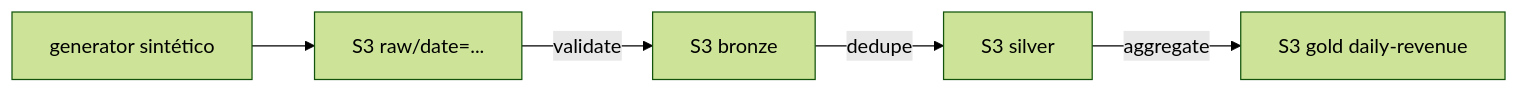
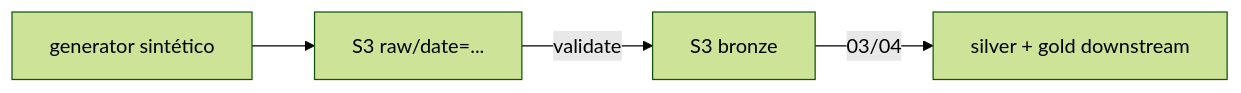
Before and after one commit to DrkCde15/Data-Lake-S3: the diagram in README.md, drawn with Mermaid (forest theme). The commit also changed other lines of this file and 5 other files, not shown here.

Commit message:
feat: 01 volta a landing raw-bronze; silver/gold para 03/04

````diff
--- a/README.md
+++ b/README.md
@@ -19,7 +20,6 @@
 ```mermaid
 flowchart LR
     G[generator sintético] --> R[S3 raw/date=...]
     R -->|validate| B[S3 bronze]
-    B -->|dedupe| S[S3 silver]
-    S -->|aggregate| Au[S3 gold daily-revenue]
+    B -->|03/04| S[silver + gold downstream]
 ```
````
